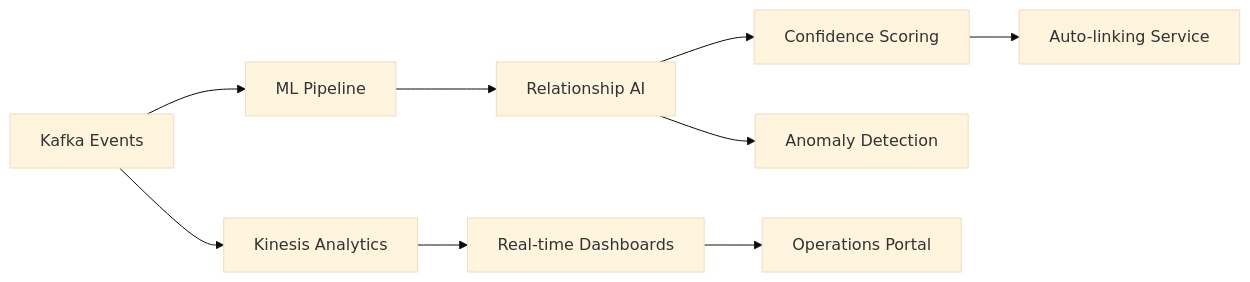
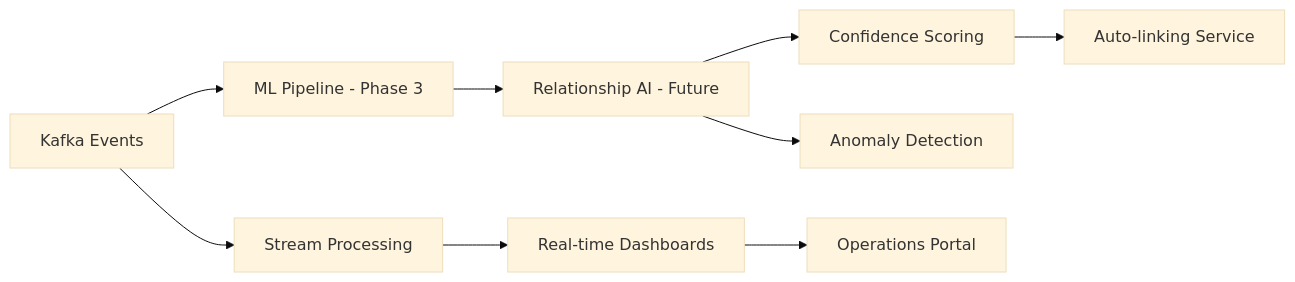
Before and after one commit to mamuchastegui/nauta: the second of 3 diagrams in docs/ARCHITECTURE_EVOLUTION.md, drawn with Mermaid (base theme). The commit also changed other lines of this file and 3 other files, not shown here.

````diff
--- a/docs/ARCHITECTURE_EVOLUTION.md
+++ b/docs/ARCHITECTURE_EVOLUTION.md
@@ -104,14 +114,14 @@
 ```mermaid
 graph LR
-    A[Kafka Events] --> B[Kinesis Analytics]
-    A --> C[ML Pipeline]
+    A[Kafka Events] --> B[Stream Processing]
+    A --> C[ML Pipeline - Phase 3]
     
     B --> D[Real-time Dashboards]
-    C --> E[Relationship AI]
+    C --> E[Relationship AI - Future]
     
     E --> F[Confidence Scoring]
     E --> G[Anomaly Detection]
     
     D --> H[Operations Portal]
     F --> I[Auto-linking Service]
 ```
````
